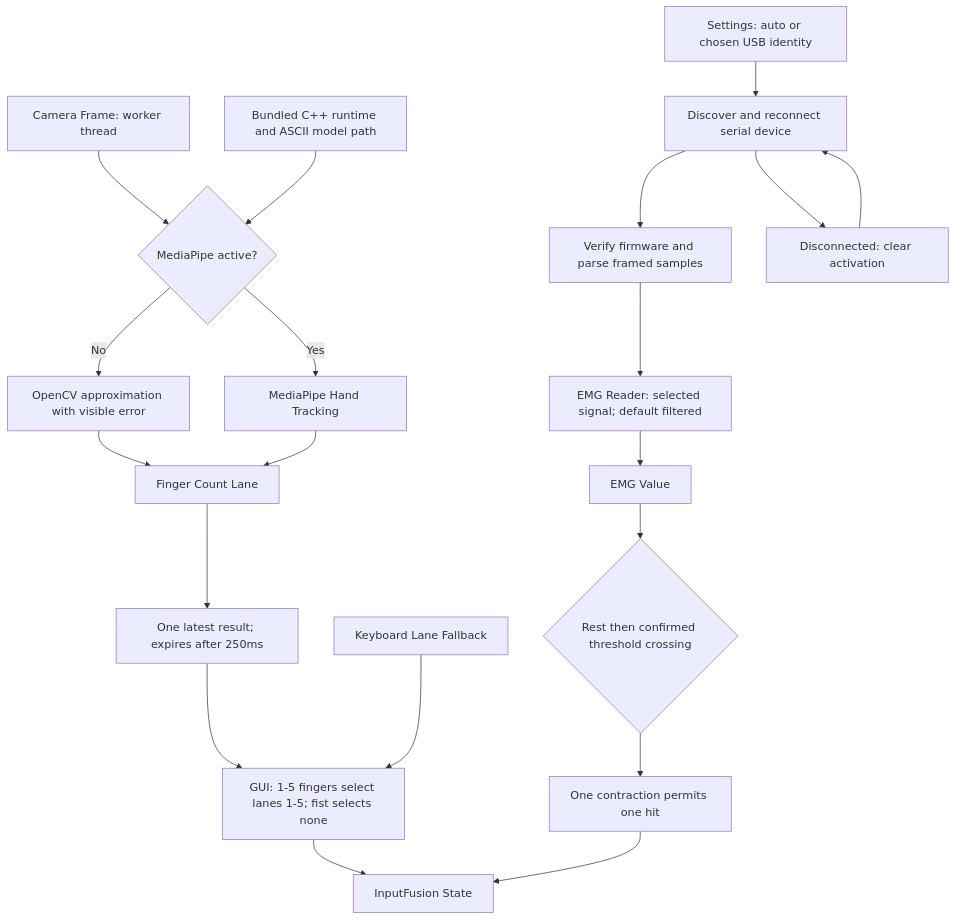
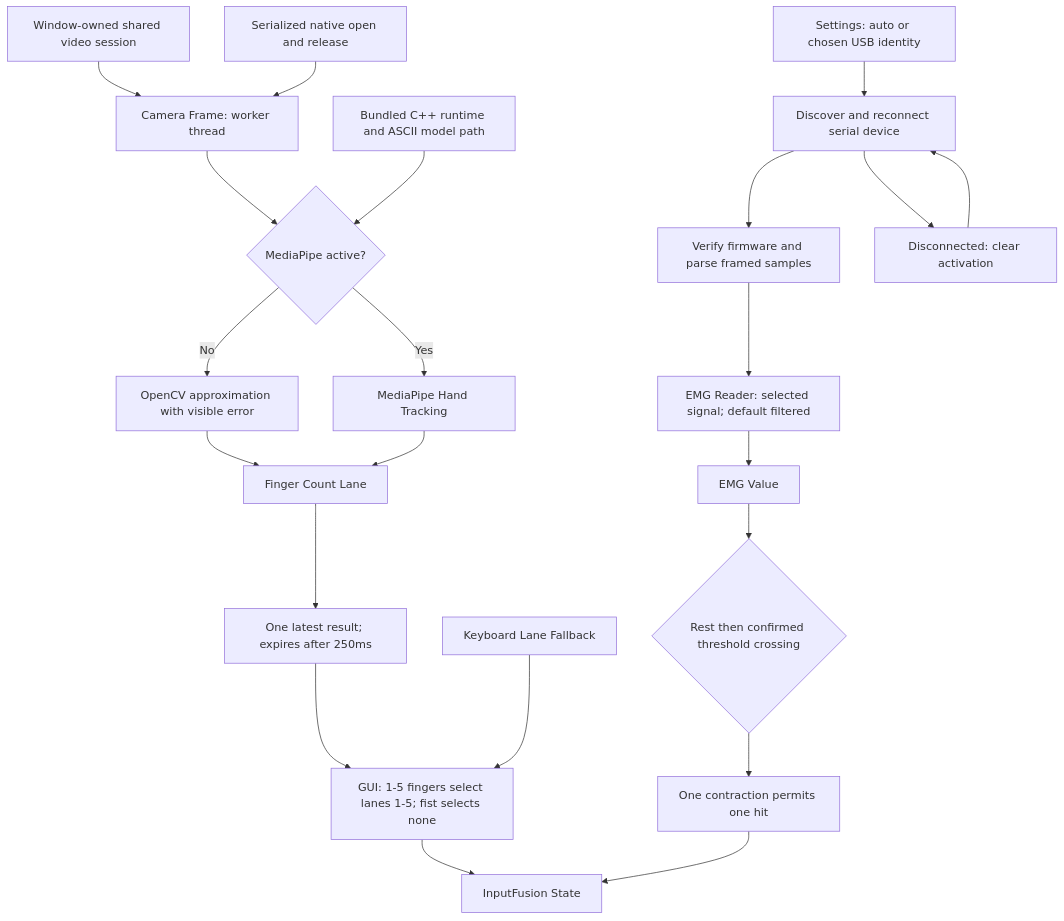
Before and after one commit to didtjr5080/Rythm-Game: the diagram in diagrams/input-flow.md, drawn with Mermaid. The commit also changed 24 other files, not shown here.

````diff
--- a/diagrams/input-flow.md
+++ b/diagrams/input-flow.md
@@ -3,22 +3,24 @@
 ```mermaid
 graph TD
-    A[Camera Frame: worker thread] --> M{MediaPipe active?}
+    SESSION[Window-owned shared video session] --> A[Camera Frame: worker thread]
+    LOCK[Serialized native open and release] --> A
+    A --> M{MediaPipe active?}
     RUNTIME[Bundled C++ runtime and ASCII model path] --> M
     M -- Yes --> B[MediaPipe Hand Tracking]
     M -- No --> FALLBACK[OpenCV approximation with visible error]
     FALLBACK --> C
     B --> C[Finger Count Lane]
     C --> LATEST[One latest result; expires after 250ms]
     LATEST --> D[GUI: 1-5 fingers select lanes 1-5; fist selects none]
     E[Keyboard Lane Fallback] --> D
     P[Settings: auto or chosen USB identity] --> Q[Discover and reconnect serial device]
     Q --> R[Verify firmware and parse framed samples]
     R --> F[EMG Reader: selected signal; default filtered]
     F --> G[EMG Value]
     Q --> S[Disconnected: clear activation]
     S --> Q
     G --> H{Rest then confirmed threshold crossing}
     H --> I[One contraction permits one hit]
     D --> J[InputFusion State]
     I --> J
 ```
````
